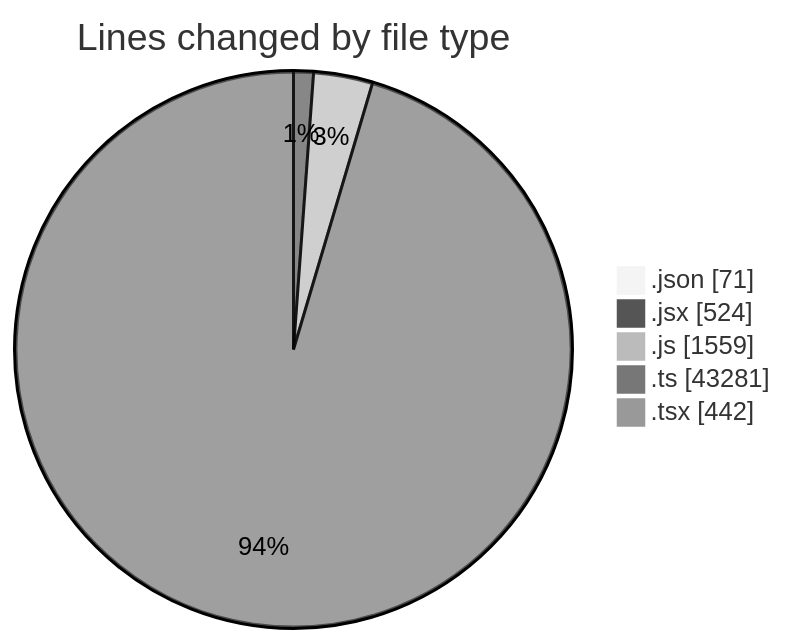
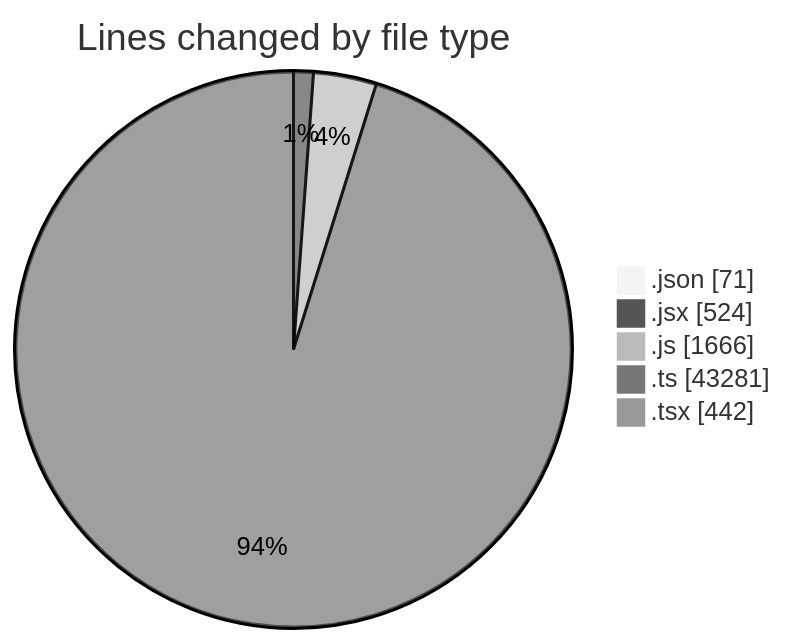
One commit to momahboobian/code-tracking changed the first of 2 diagrams in 2026-03-02/cda/README.md. Above: the diagram before and after it, drawn with Mermaid (neutral theme). The commit also changed other lines of this file and 1 other file, not shown here.

````diff
--- a/2026-03-02/cda/README.md
+++ b/2026-03-02/cda/README.md
@@ -32,9 +32,9 @@
 ```mermaid
 pie showData
 title Lines changed by file type
 ".json" : 71
 ".jsx" : 524
-".js" : 1559
+".js" : 1666
 ".ts" : 43281
 ".tsx" : 442
 ```
````
